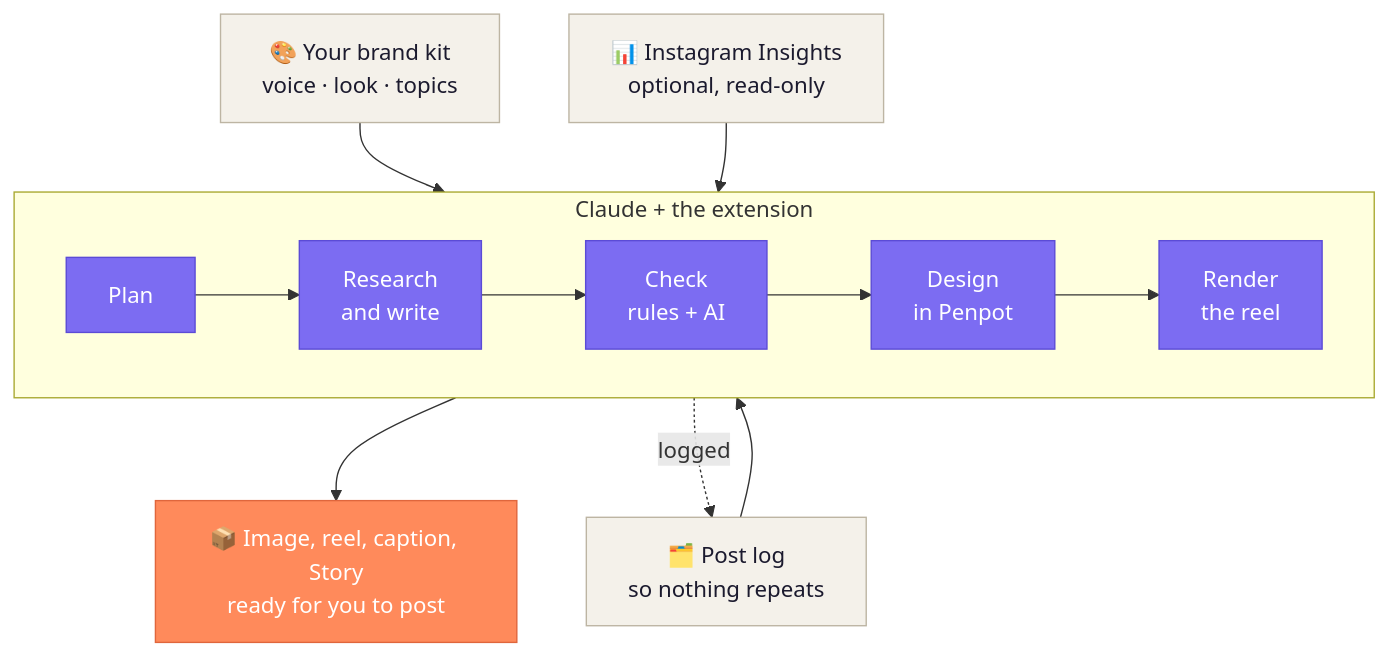
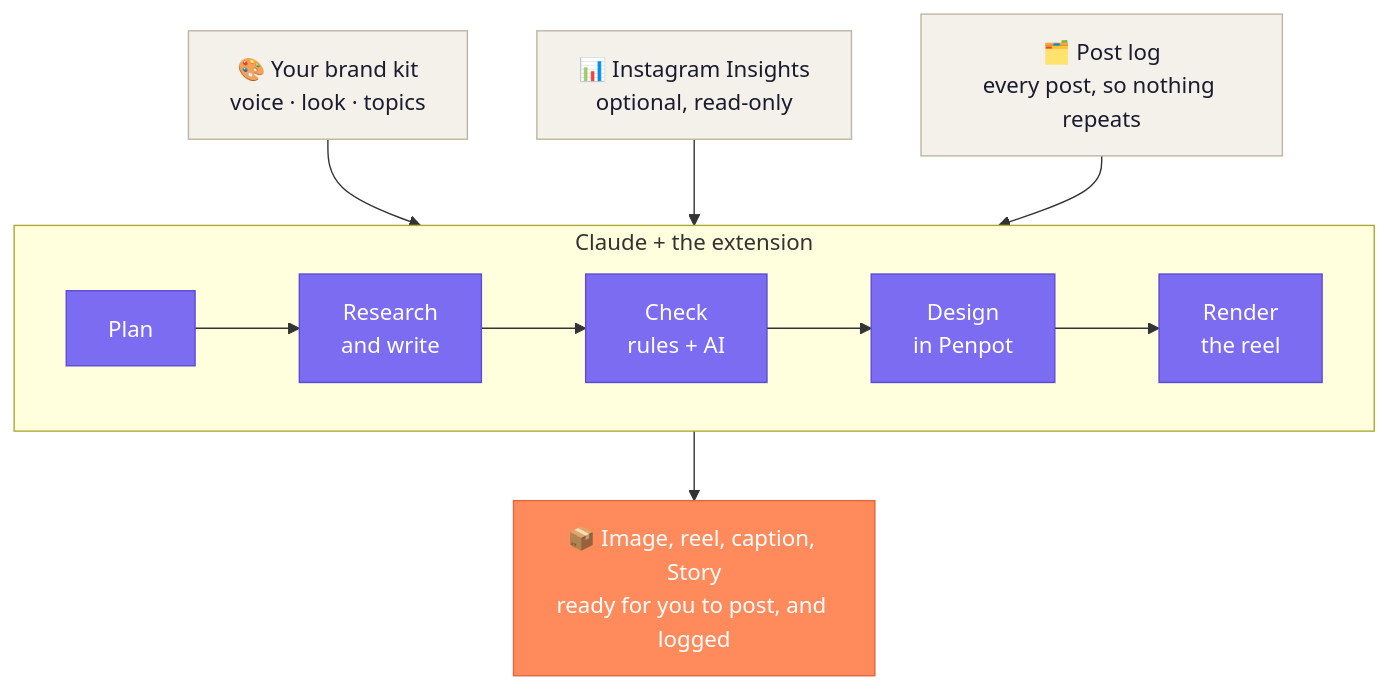
The diagram in README.md (Kwhite76/social-content-mcp), drawn with Mermaid before and after one commit.

Commit message:
README: simpler flow diagram (no loop back to the log)
Claude-Session: https://claude.ai/code/session_01E5PzBjmsvMMyPucre7Xqif

````diff
--- a/README.md
+++ b/README.md
@@ -51,24 +51,23 @@
 ```mermaid
 flowchart TB
     kit["🎨 Your brand kit<br/>voice · look · topics"]
     ins["📊 Instagram Insights<br/>optional, read-only"]
-    log["🗂️ Post log<br/>so nothing repeats"]
+    log["🗂️ Post log<br/>every post, so nothing repeats"]
 
     subgraph claude ["Claude + the extension"]
       direction LR
       plan["Plan"] --> write["Research<br/>and write"] --> check["Check<br/>rules + AI"] --> design["Design<br/>in Penpot"] --> reel["Render<br/>the reel"]
     end
 
     kit --> claude
     ins --> claude
     log --> claude
-    claude --> out["📦 Image, reel, caption, Story<br/>ready for you to post"]
-    claude -. logged .-> log
+    claude --> out["📦 Image, reel, caption, Story<br/>ready for you to post, and logged"]
 
     classDef src fill:#F4F1EA,stroke:#BDB5A3,color:#1B1A2E
     classDef step fill:#7C6CF2,stroke:#5B4BD6,color:#ffffff
     classDef res fill:#FF8A5B,stroke:#E0663C,color:#ffffff
     class kit,ins,log src
     class plan,write,check,design,reel step
     class out res
 ```
````
